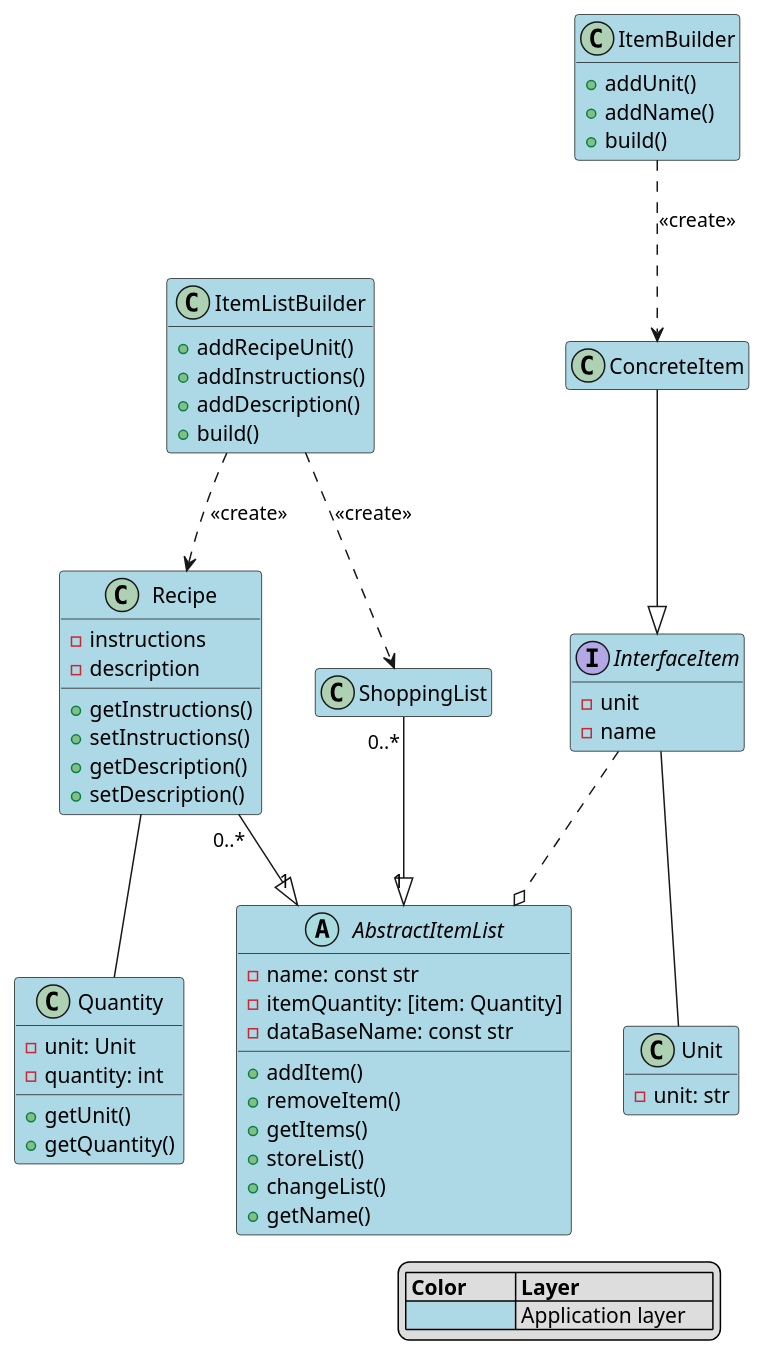
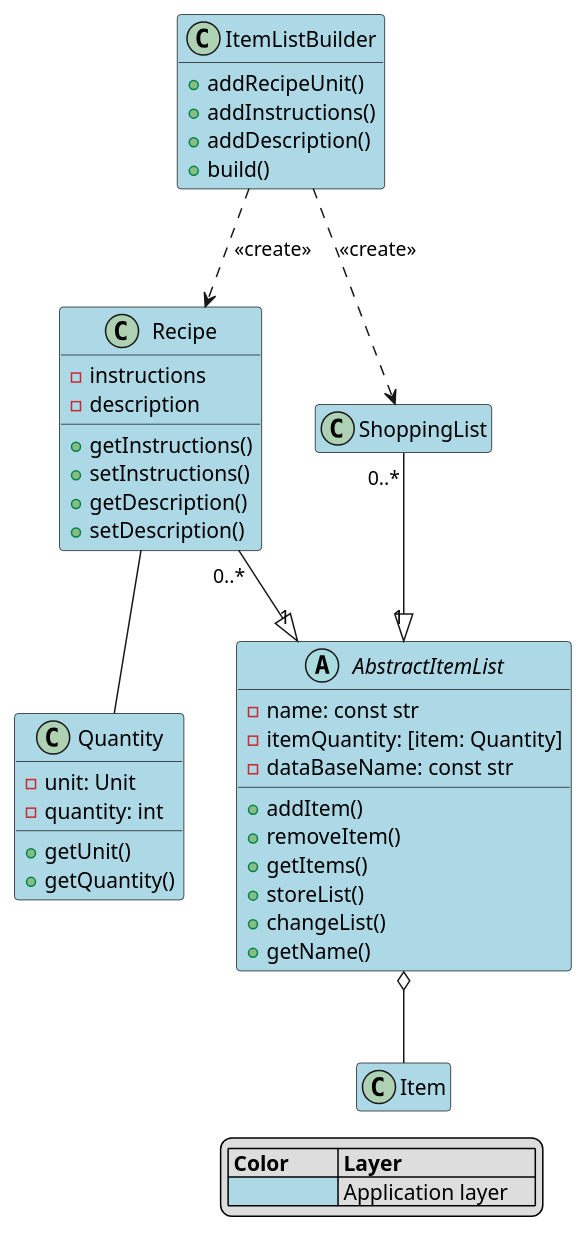
The diagram in Architecture/Application/ClassViewApplication.puml (Uhgtred/Recipe_Shopping_List), drawn with PlantUML before and after one commit. The commit also changed other lines of this file and 13 other files, not shown here.

Commit message:
refactoring architecture and adapting existing implementation

```diff
--- a/Architecture/Application/ClassViewApplication.puml
+++ b/Architecture/Application/ClassViewApplication.puml
@@ -1,73 +1,55 @@
 @startuml
 hide empty members
 
 
 
 class ItemListBuilder #lightblue{
     + addRecipeUnit()
     + addInstructions()
     + addDescription()
     + build()
 }
 ItemListBuilder ..> Recipe: <<create>>
 ItemListBuilder ..> ShoppingList: <<create>>
-
-class ItemBuilder #lightblue{
-   + addUnit()
-   + addName()
-   + build()
-}
-ItemBuilder ..> ConcreteItem: <<create>>
-
-interface InterfaceItem #lightblue{
-   - unit
-   - name
-}
-InterfaceItem ..o AbstractItemList
-InterfaceItem -- Unit
 
 class ShoppingList #lightblue
 ShoppingList "0..*" --|> "1" AbstractItemList
 
 class Recipe #lightblue {
     - instructions
     - description
     + getInstructions()
     + setInstructions()
     + getDescription()
     + setDescription()
 }
 Recipe "0..*" --|> "1" AbstractItemList
 Recipe -- Quantity
 
 abstract class AbstractItemList #lightblue{
    - name: const str
    - itemQuantity: [item: Quantity]
    - dataBaseName: const str
    + addItem()
    + removeItem()
    + getItems()
    + storeList()
    + changeList()
    + getName()
 }
+AbstractItemList o-- Item
 
-class ConcreteItem #lightblue
-ConcreteItem --|> InterfaceItem
+class Item #lightblue
 
 class Quantity #lightblue{
     - unit: Unit
     - quantity: int
     + getUnit()
     + getQuantity()
 }
 
-class Unit #lightblue{
-    - unit: str
-}
-
 legend bottom right
 | **Color**         | **Layer**             |
 | <#lightblue>      | Application layer     |
 end legend
 @enduml
```
